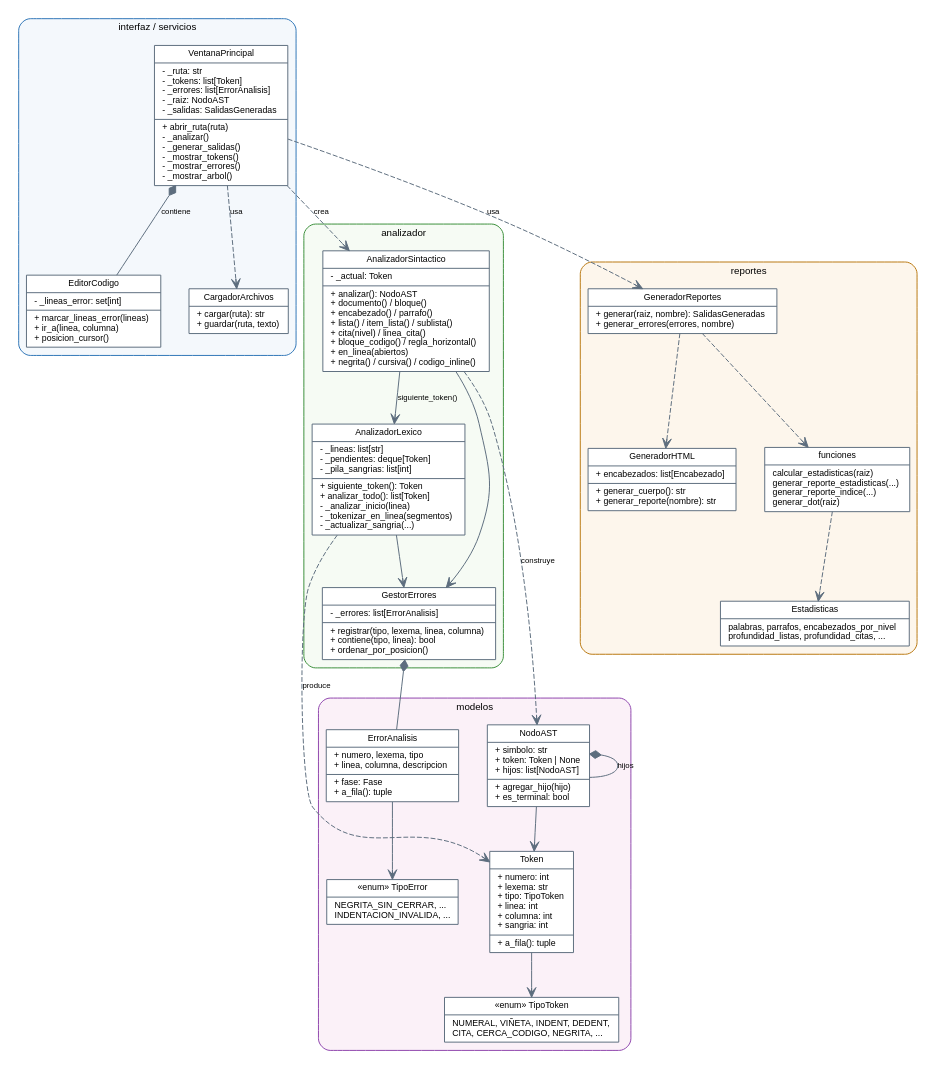
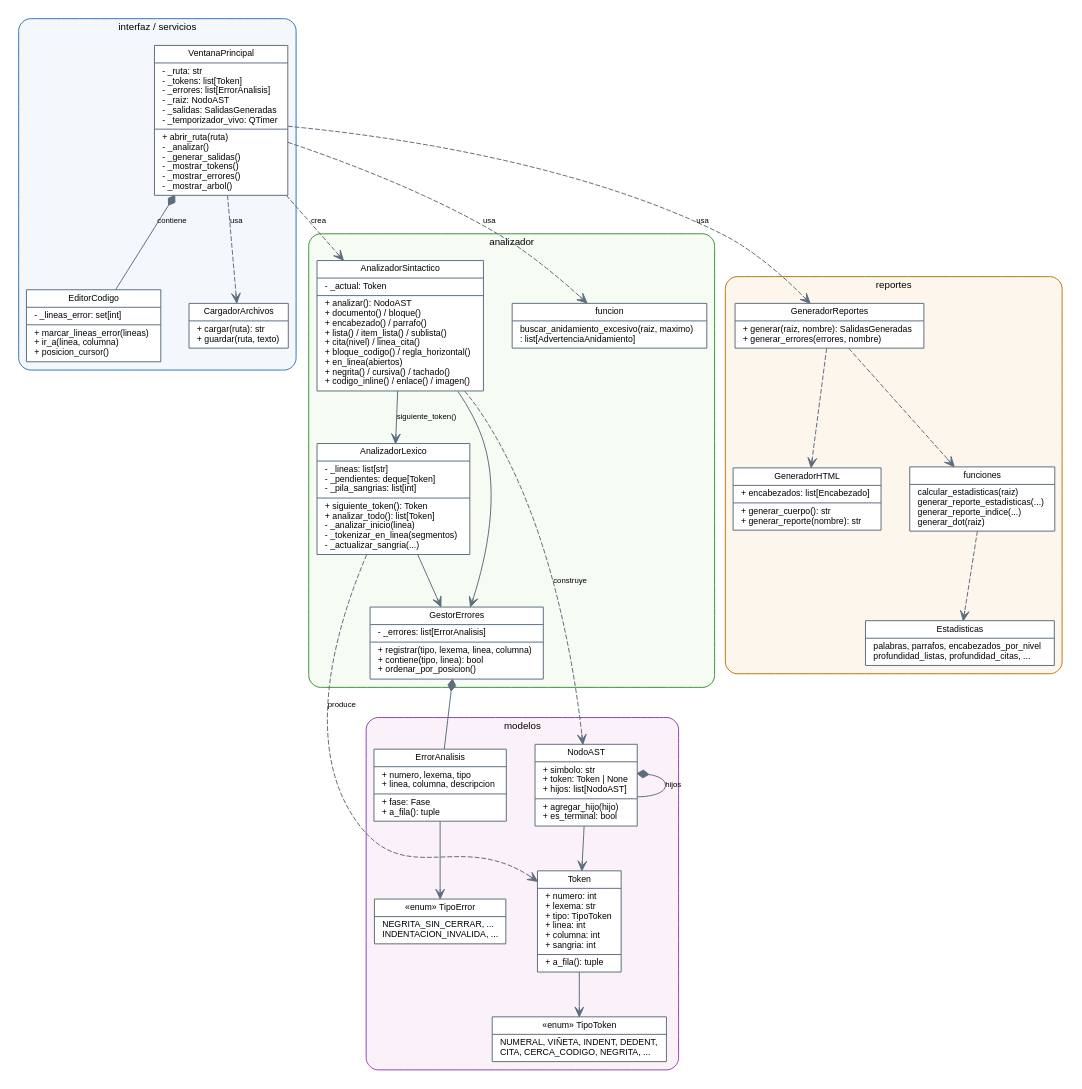
Before and after one commit to Edaless-code/LFP_B_2S2026: the diagram in Proyecto2/docs/imagenes/clases.dot, drawn with Graphviz. The commit also changed 5 other files, not shown here.

Commit message:
docs(proyecto2): agrega al AFD y al diagrama de clases los elementos del alcance opcional

```diff
--- a/Proyecto2/docs/imagenes/clases.dot
+++ b/Proyecto2/docs/imagenes/clases.dot
@@ -1,59 +1,61 @@
 // Diagrama de clases de MarkdownCheck.
 // Generar la imagen con:  dot -Tpng clases.dot -o clases.png
 digraph Clases {
     rankdir=TB;
     nodesep=0.4;
     ranksep=0.6;
     fontname="Arial";
     node [shape=record, fontname="Arial", fontsize=9, style=filled, fillcolor="#FFFFFF", color="#5D6D7E"];
     edge [fontname="Arial", fontsize=8, color="#5D6D7E"];
 
     subgraph cluster_interfaz {
         label="interfaz / servicios"; style="rounded,filled"; fillcolor="#F4F8FC"; color="#2E75B6"; fontsize=10;
-        VentanaPrincipal [label="{VentanaPrincipal|- _ruta: str\l- _tokens: list[Token]\l- _errores: list[ErrorAnalisis]\l- _raiz: NodoAST\l- _salidas: SalidasGeneradas\l|+ abrir_ruta(ruta)\l- _analizar()\l- _generar_salidas()\l- _mostrar_tokens()\l- _mostrar_errores()\l- _mostrar_arbol()\l}"];
+        VentanaPrincipal [label="{VentanaPrincipal|- _ruta: str\l- _tokens: list[Token]\l- _errores: list[ErrorAnalisis]\l- _raiz: NodoAST\l- _salidas: SalidasGeneradas\l- _temporizador_vivo: QTimer\l|+ abrir_ruta(ruta)\l- _analizar()\l- _generar_salidas()\l- _mostrar_tokens()\l- _mostrar_errores()\l- _mostrar_arbol()\l}"];
         EditorCodigo [label="{EditorCodigo|- _lineas_error: set[int]\l|+ marcar_lineas_error(lineas)\l+ ir_a(linea, columna)\l+ posicion_cursor()\l}"];
         CargadorArchivos [label="{CargadorArchivos|+ cargar(ruta): str\l+ guardar(ruta, texto)\l}"];
     }
 
     subgraph cluster_analizador {
         label="analizador"; style="rounded,filled"; fillcolor="#F6FBF4"; color="#3A8E3A"; fontsize=10;
         AnalizadorLexico [label="{AnalizadorLexico|- _lineas: list[str]\l- _pendientes: deque[Token]\l- _pila_sangrias: list[int]\l|+ siguiente_token(): Token\l+ analizar_todo(): list[Token]\l- _analizar_inicio(linea)\l- _tokenizar_en_linea(segmentos)\l- _actualizar_sangria(...)\l}"];
-        AnalizadorSintactico [label="{AnalizadorSintactico|- _actual: Token\l|+ analizar(): NodoAST\l+ documento() / bloque()\l+ encabezado() / parrafo()\l+ lista() / item_lista() / sublista()\l+ cita(nivel) / linea_cita()\l+ bloque_codigo() / regla_horizontal()\l+ en_linea(abiertos)\l+ negrita() / cursiva() / codigo_inline()\l}"];
+        AnalizadorSintactico [label="{AnalizadorSintactico|- _actual: Token\l|+ analizar(): NodoAST\l+ documento() / bloque()\l+ encabezado() / parrafo()\l+ lista() / item_lista() / sublista()\l+ cita(nivel) / linea_cita()\l+ bloque_codigo() / regla_horizontal()\l+ en_linea(abiertos)\l+ negrita() / cursiva() / tachado()\l+ codigo_inline() / enlace() / imagen()\l}"];
+        Advertencias [label="{funcion|buscar_anidamiento_excesivo(raiz, maximo)\l: list[AdvertenciaAnidamiento]\l}"];
         GestorErrores [label="{GestorErrores|- _errores: list[ErrorAnalisis]\l|+ registrar(tipo, lexema, linea, columna)\l+ contiene(tipo, linea): bool\l+ ordenar_por_posicion()\l}"];
     }
 
     subgraph cluster_reportes {
         label="reportes"; style="rounded,filled"; fillcolor="#FDF6EC"; color="#B9770E"; fontsize=10;
         GeneradorReportes [label="{GeneradorReportes|+ generar(raiz, nombre): SalidasGeneradas\l+ generar_errores(errores, nombre)\l}"];
         GeneradorHTML [label="{GeneradorHTML|+ encabezados: list[Encabezado]\l|+ generar_cuerpo(): str\l+ generar_reporte(nombre): str\l}"];
         Estadisticas [label="{Estadisticas|palabras, parrafos, encabezados_por_nivel\lprofundidad_listas, profundidad_citas, ...\l}"];
         Funciones [label="{funciones|calcular_estadisticas(raiz)\lgenerar_reporte_estadisticas(...)\lgenerar_reporte_indice(...)\lgenerar_dot(raiz)\l}"];
     }
 
     subgraph cluster_modelos {
         label="modelos"; style="rounded,filled"; fillcolor="#FBF1F8"; color="#8E44AD"; fontsize=10;
         Token [label="{Token|+ numero: int\l+ lexema: str\l+ tipo: TipoToken\l+ linea: int\l+ columna: int\l+ sangria: int\l|+ a_fila(): tuple\l}"];
         TipoToken [label="{«enum» TipoToken|NUMERAL, VIÑETA, INDENT, DEDENT,\lCITA, CERCA_CODIGO, NEGRITA, ...\l}"];
         NodoAST [label="{NodoAST|+ simbolo: str\l+ token: Token \| None\l+ hijos: list[NodoAST]\l|+ agregar_hijo(hijo)\l+ es_terminal: bool\l}"];
         ErrorAnalisis [label="{ErrorAnalisis|+ numero, lexema, tipo\l+ linea, columna, descripcion\l|+ fase: Fase\l+ a_fila(): tuple\l}"];
         TipoError [label="{«enum» TipoError|NEGRITA_SIN_CERRAR, ...\lINDENTACION_INVALIDA, ...\l}"];
     }
 
     VentanaPrincipal -> EditorCodigo [dir=back, arrowtail=diamond, label="contiene"];
     VentanaPrincipal -> CargadorArchivos [style=dashed, arrowhead=vee, label="usa"];
     VentanaPrincipal -> AnalizadorSintactico [style=dashed, arrowhead=vee, label="crea"];
     VentanaPrincipal -> GeneradorReportes [style=dashed, arrowhead=vee, label="usa"];
+    VentanaPrincipal -> Advertencias [style=dashed, arrowhead=vee, label="usa"];
     AnalizadorSintactico -> AnalizadorLexico [arrowhead=vee, label="siguiente_token()"];
     AnalizadorSintactico -> GestorErrores [arrowhead=vee];
     AnalizadorLexico -> GestorErrores [arrowhead=vee];
     AnalizadorSintactico -> NodoAST [style=dashed, arrowhead=vee, label="construye"];
     AnalizadorLexico -> Token [style=dashed, arrowhead=vee, label="produce"];
     GestorErrores -> ErrorAnalisis [dir=back, arrowtail=diamond];
     GeneradorReportes -> GeneradorHTML [style=dashed, arrowhead=vee];
     GeneradorReportes -> Funciones [style=dashed, arrowhead=vee];
     Funciones -> Estadisticas [style=dashed, arrowhead=vee];
     NodoAST -> NodoAST [dir=back, arrowtail=diamond, label="hijos"];
     NodoAST -> Token [arrowhead=vee];
     Token -> TipoToken [arrowhead=vee];
     ErrorAnalisis -> TipoError [arrowhead=vee];
 }
```
